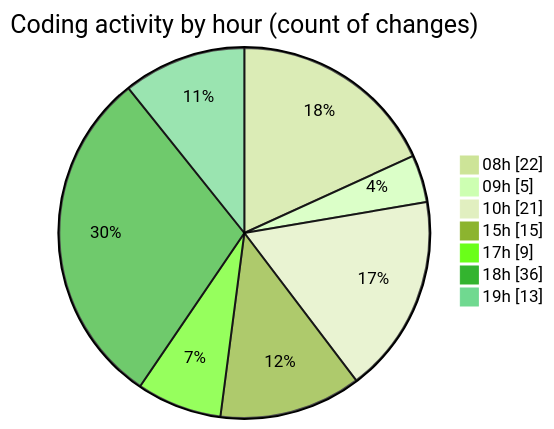
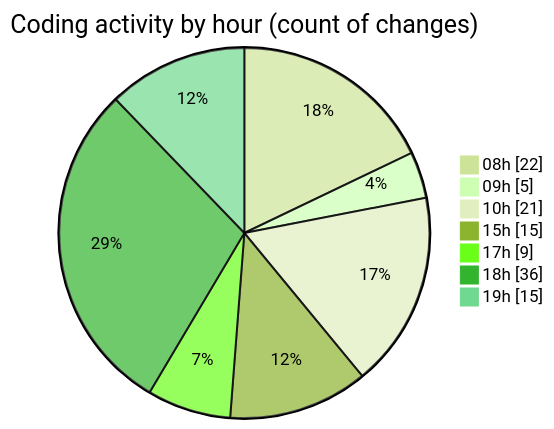
The second of 2 diagrams in 2025-02-17/mbc-web/README.md (robertbonfada/code-tracking), drawn with Mermaid (forest theme) before and after one commit. The commit also changed other lines of this file and 1 other file, not shown here.

````diff
--- a/2025-02-17/mbc-web/README.md
+++ b/2025-02-17/mbc-web/README.md
@@ -48,11 +48,11 @@
 ```mermaid
 pie showData
 title Coding activity by hour (count of changes)
 "08h" : 22
 "09h" : 5
 "10h" : 21
 "15h" : 15
 "17h" : 9
 "18h" : 36
-"19h" : 13
+"19h" : 15
 ```
````
